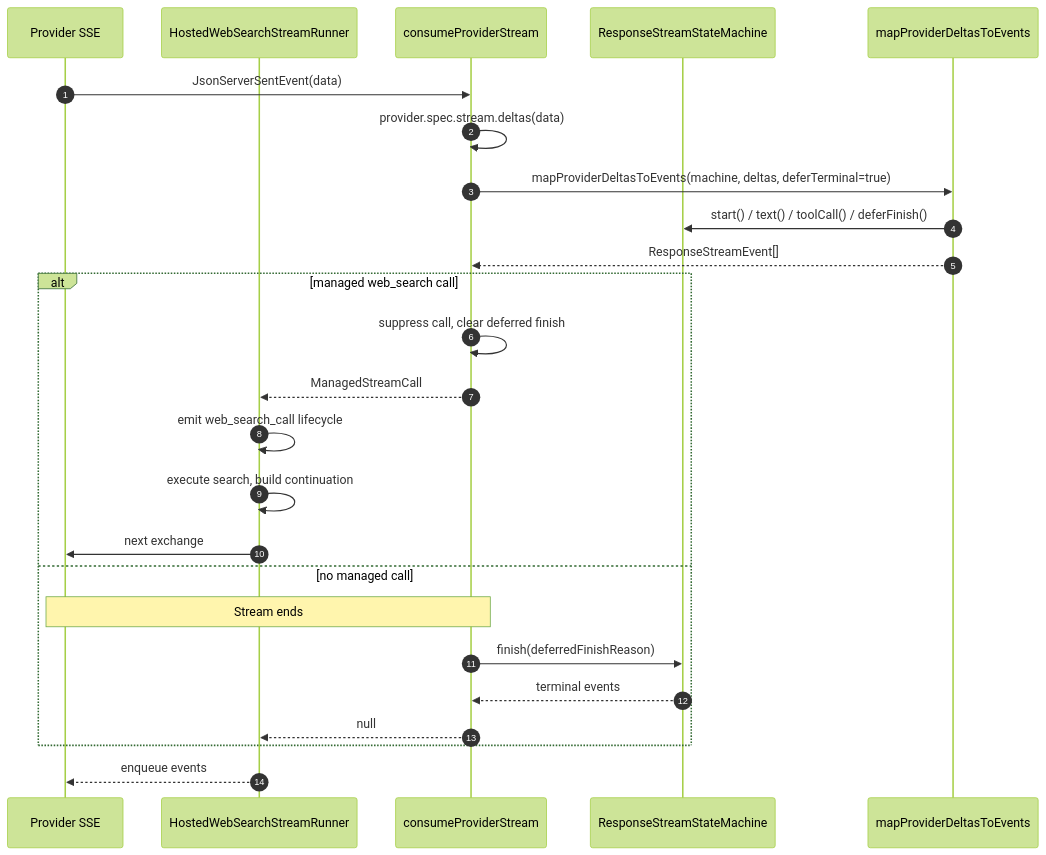
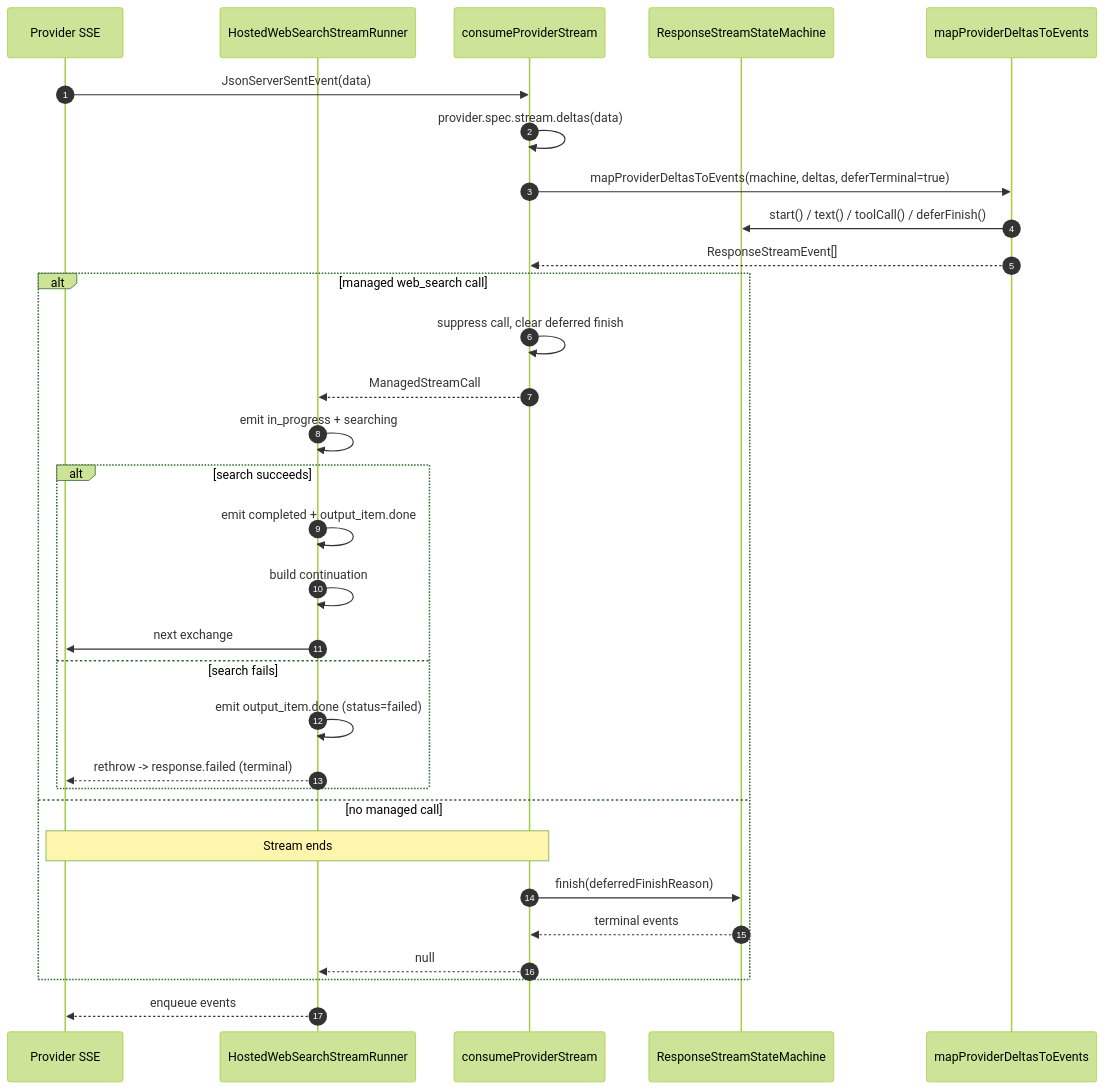
The second of 3 diagrams in wiki/02-architecture/streaming-pipeline.md (Ahoo-Wang/GodeX), drawn with Mermaid (forest theme) before and after one commit. The commit also changed other lines of this file and 12 other files, not shown here.

First line of the commit message:
docs(wiki): address review feedback on web_search docs and removed routes

````diff
--- a/wiki/02-architecture/streaming-pipeline.md
+++ b/wiki/02-architecture/streaming-pipeline.md
@@ -89,29 +89,35 @@
 ```mermaid
 sequenceDiagram
     autonumber
     participant SSE as Provider SSE
     participant R as HostedWebSearchStreamRunner
     participant C as consumeProviderStream
     participant M as ResponseStreamStateMachine
     participant D as mapProviderDeltasToEvents
 
     SSE->>C: JsonServerSentEvent(data)
     C->>C: provider.spec.stream.deltas(data)
     C->>D: mapProviderDeltasToEvents(machine, deltas, deferTerminal=true)
     D->>M: start() / text() / toolCall() / deferFinish()
     D-->>C: ResponseStreamEvent[]
 
     alt managed web_search call
         C->>C: suppress call, clear deferred finish
         C-->>R: ManagedStreamCall
-        R->>R: emit web_search_call lifecycle
-        R->>R: execute search, build continuation
-        R->>SSE: next exchange
+        R->>R: emit in_progress + searching
+        alt search succeeds
+            R->>R: emit completed + output_item.done
+            R->>R: build continuation
+            R->>SSE: next exchange
+        else search fails
+            R->>R: emit output_item.done (status=failed)
+            R-->>SSE: rethrow -> response.failed (terminal)
+        end
     else no managed call
         Note over SSE,C: Stream ends
         C->>M: finish(deferredFinishReason)
         M-->>C: terminal events
         C-->>R: null
     end
     R-->>SSE: enqueue events
 ```
````
